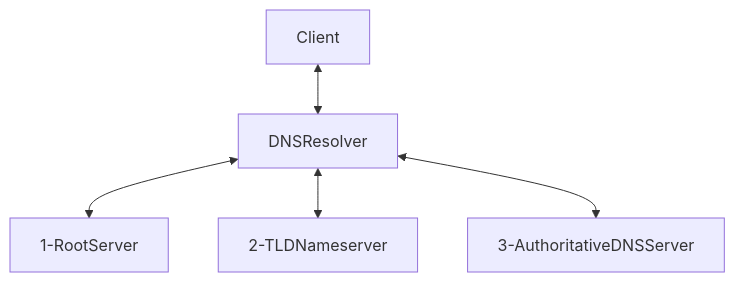
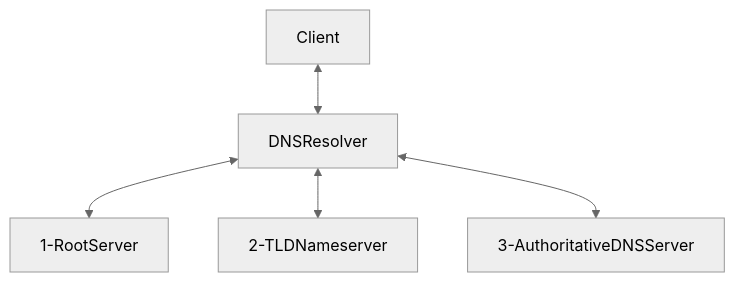
Before and after one commit to tsugumi-sys/readBook: the second of 2 diagrams in src/system-design-interview/ip-osimodel.md, drawn with Mermaid. The commit also changed 2 other files, not shown here.

Commit message:
apply mermaid theme

````diff
--- a/src/system-design-interview/ip-osimodel.md
+++ b/src/system-design-interview/ip-osimodel.md
@@ -97,7 +97,9 @@
 ```mermaid
+%%{init:{'theme':'neutral'}}%%
+
 flowchart TB
     Client <--> DNSResolver
     DNSResolver <--> 1-RootServer
     DNSResolver <--> 2-TLDNameserver
     DNSResolver <--> 3-AuthoritativeDNSServer
 ```
````
